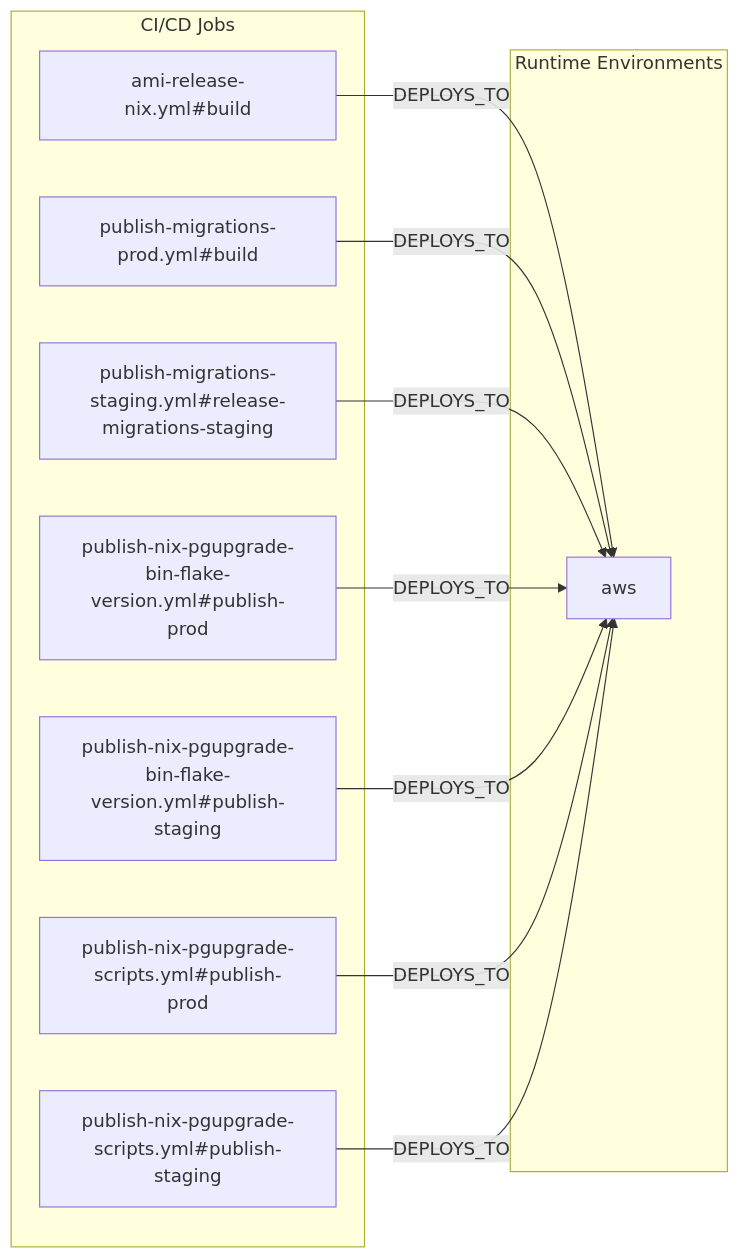
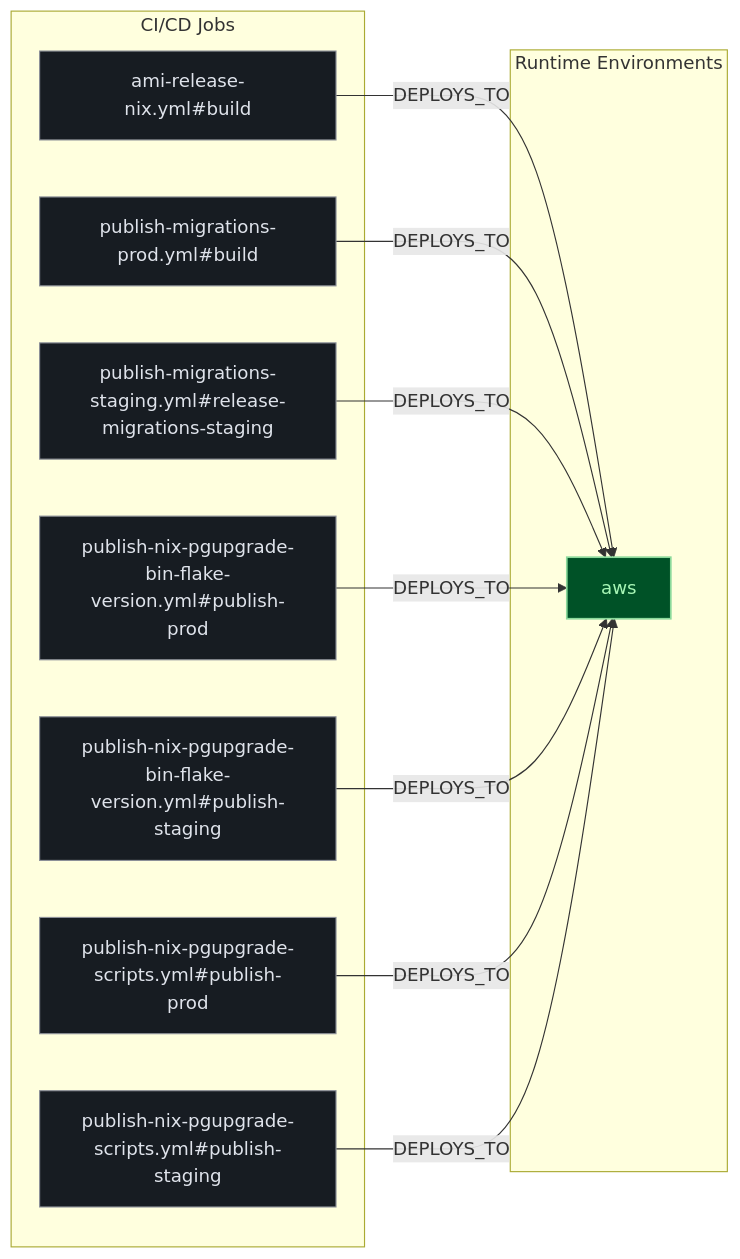
The second of 3 diagrams in exports/latest/reports/supabase-postgres-report.md (kumarshaz/atruss-code-atlas), drawn with Mermaid before and after one commit. The commit also changed other lines of this file and 331 other files, not shown here.

Commit message:
docs,ui,fix: update SDLC docs, reorder CI/CD DAG first, stylize Mermaid, and fix Arc42 pipeline topology

````diff
--- a/exports/latest/reports/supabase-postgres-report.md
+++ b/exports/latest/reports/supabase-postgres-report.md
@@ -183,22 +190,26 @@
 ```mermaid
 flowchart LR
+    classDef atlasCategory fill:#212428,stroke:#E87A48,stroke-width:1.5px,color:#dfe3eb
+    classDef atlasWorkflow fill:#1b2026,stroke:#a3c9ff,stroke-width:1.5px,color:#dfe3eb
+    classDef atlasJob fill:#171c22,stroke:#8d9199,stroke-width:1px,color:#dfe3eb
+    classDef atlasTarget fill:#005227,stroke:#8bd99b,stroke-width:1.5px,color:#a7f6b6
     subgraph ci_jobs["CI/CD Jobs"]
-        job_ami_release_nix_yml_build["ami-release-nix.yml#build"]
-        job_publish_migrations_prod_yml_build["publish-migrations-prod.yml#build"]
-        job_publish_migrations_staging_yml_release_migrations_staging["publish-migrations-staging.yml#release-migrations-staging"]
-        job_publish_nix_pgupgrade_bin_flake_version_yml_publish_prod["publish-nix-pgupgrade-bin-flake-version.yml#publish-prod"]
-        job_publish_nix_pgupgrade_bin_flake_version_yml_publish_staging["publish-nix-pgupgrade-bin-flake-version.yml#publish-staging"]
-        job_publish_nix_pgupgrade_scripts_yml_publish_prod["publish-nix-pgupgrade-scripts.yml#publish-prod"]
-        job_publish_nix_pgupgrade_scripts_yml_publish_staging["publish-nix-pgupgrade-scripts.yml#publish-staging"]
+        job_ami_release_nix_yml_build["ami-release-nix.yml#build"]:::atlasJob
+        job_publish_migrations_prod_yml_build["publish-migrations-prod.yml#build"]:::atlasJob
+        job_publish_migrations_staging_yml_release_migrations_staging["publish-migrations-staging.yml#release-migrations-staging"]:::atlasJob
+        job_publish_nix_pgupgrade_bin_flake_version_yml_publish_prod["publish-nix-pgupgrade-bin-flake-version.yml#publish-prod"]:::atlasJob
+        job_publish_nix_pgupgrade_bin_flake_version_yml_publish_staging["publish-nix-pgupgrade-bin-flake-version.yml#publish-staging"]:::atlasJob
+        job_publish_nix_pgupgrade_scripts_yml_publish_prod["publish-nix-pgupgrade-scripts.yml#publish-prod"]:::atlasJob
+        job_publish_nix_pgupgrade_scripts_yml_publish_staging["publish-nix-pgupgrade-scripts.yml#publish-staging"]:::atlasJob
     end
     subgraph runtime_envs["Runtime Environments"]
-        env_aws["aws"]
+        env_aws["aws"]:::atlasTarget
     end
     job_ami_release_nix_yml_build -->|DEPLOYS_TO| env_aws
     job_publish_migrations_prod_yml_build -->|DEPLOYS_TO| env_aws
     job_publish_migrations_staging_yml_release_migrations_staging -->|DEPLOYS_TO| env_aws
     job_publish_nix_pgupgrade_bin_flake_version_yml_publish_prod -->|DEPLOYS_TO| env_aws
     job_publish_nix_pgupgrade_bin_flake_version_yml_publish_staging -->|DEPLOYS_TO| env_aws
     job_publish_nix_pgupgrade_scripts_yml_publish_prod -->|DEPLOYS_TO| env_aws
     job_publish_nix_pgupgrade_scripts_yml_publish_staging -->|DEPLOYS_TO| env_aws
 ```
````
